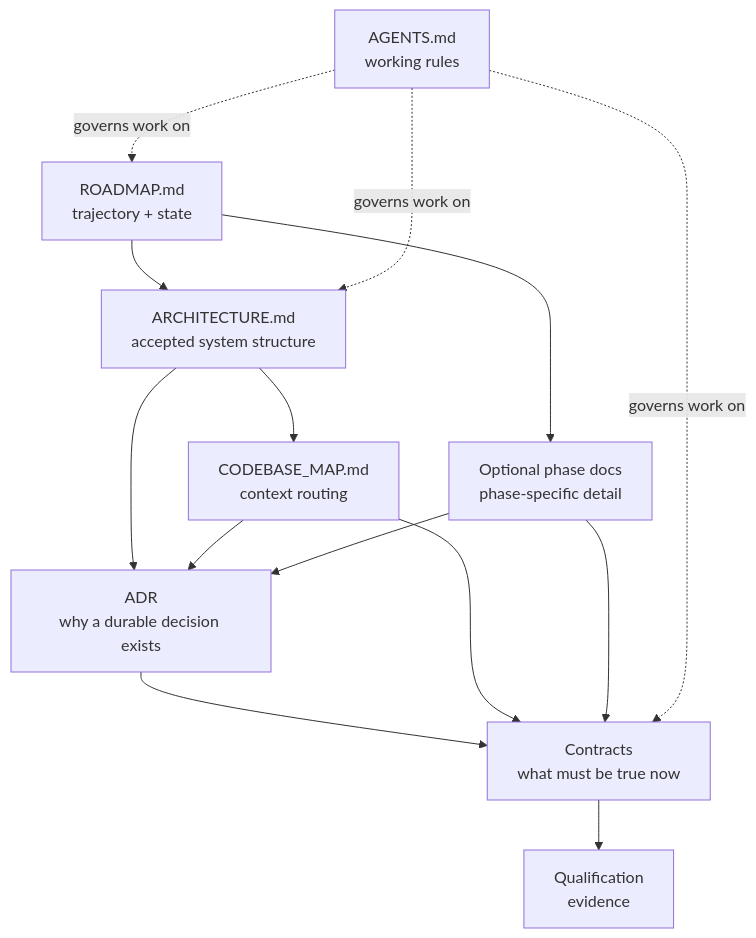
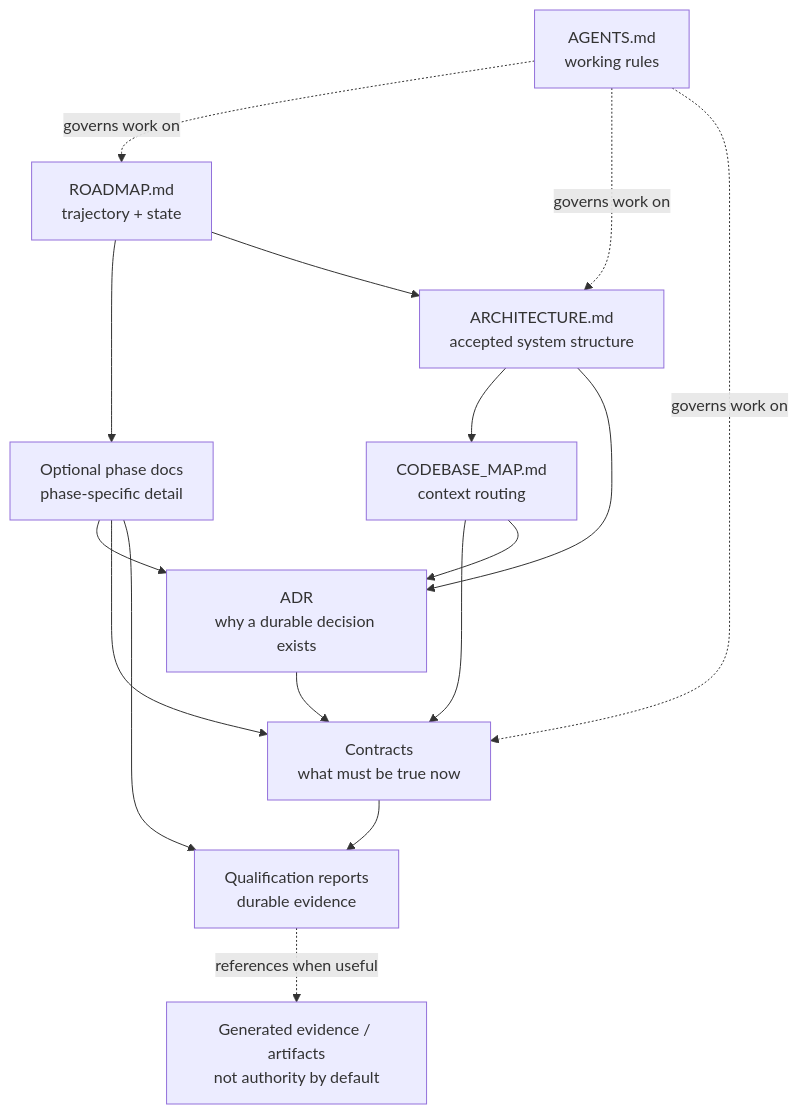
The diagram in DOCUMENTATION_MODEL.md (Wavell38/ai-assisted-software-engineering-workflow), drawn with Mermaid before and after one commit. The commit also changed other lines of this file and 9 other files, not shown here.

Commit message:
docs(workflow): refine documentation, qualification and architecture guidance

````diff
--- a/DOCUMENTATION_MODEL.md
+++ b/DOCUMENTATION_MODEL.md
@@ -35,25 +63,28 @@
 ```mermaid
 flowchart TD
     A[AGENTS.md<br/>working rules]
     R[ROADMAP.md<br/>trajectory + state]
     AR[ARCHITECTURE.md<br/>accepted system structure]
     M[CODEBASE_MAP.md<br/>context routing]
     D[ADR<br/>why a durable decision exists]
     C[Contracts<br/>what must be true now]
     P[Optional phase docs<br/>phase-specific detail]
-    Q[Qualification<br/>evidence]
+    Q[Qualification reports<br/>durable evidence]
+    E[Generated evidence / artifacts<br/>not authority by default]
 
     R --> P
     R --> AR
     AR --> M
     AR --> D
     D --> C
     M --> C
     M --> D
     P --> D
     P --> C
+    P --> Q
     C --> Q
+    Q -. references when useful .-> E
     A -. governs work on .-> R
     A -. governs work on .-> AR
     A -. governs work on .-> C
 ```
````
